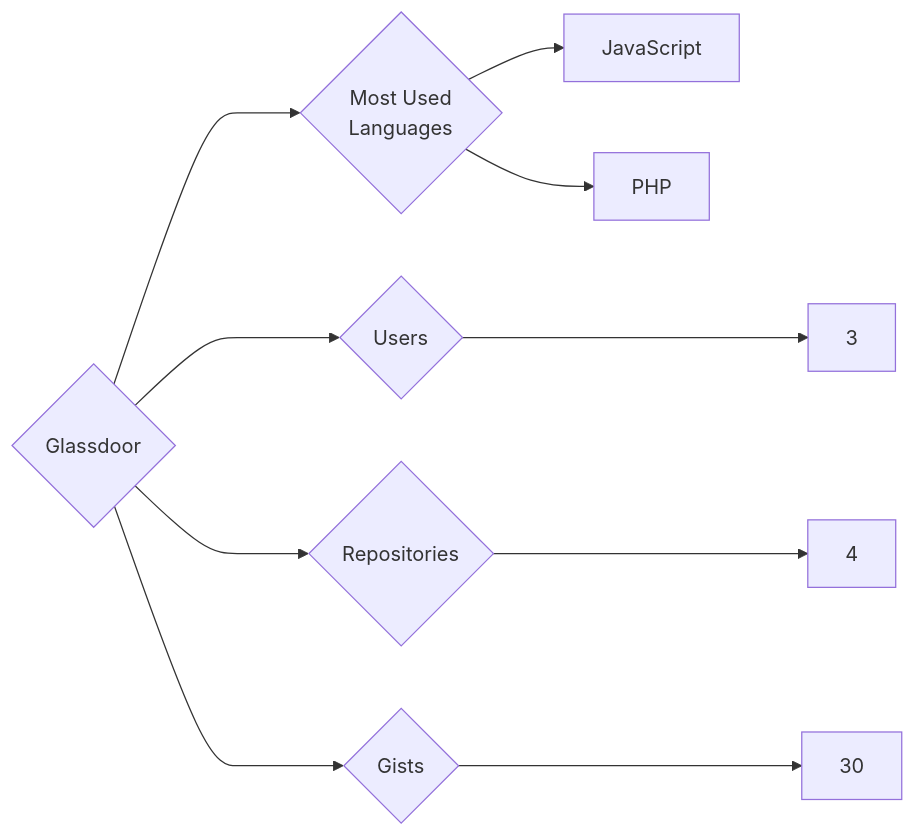
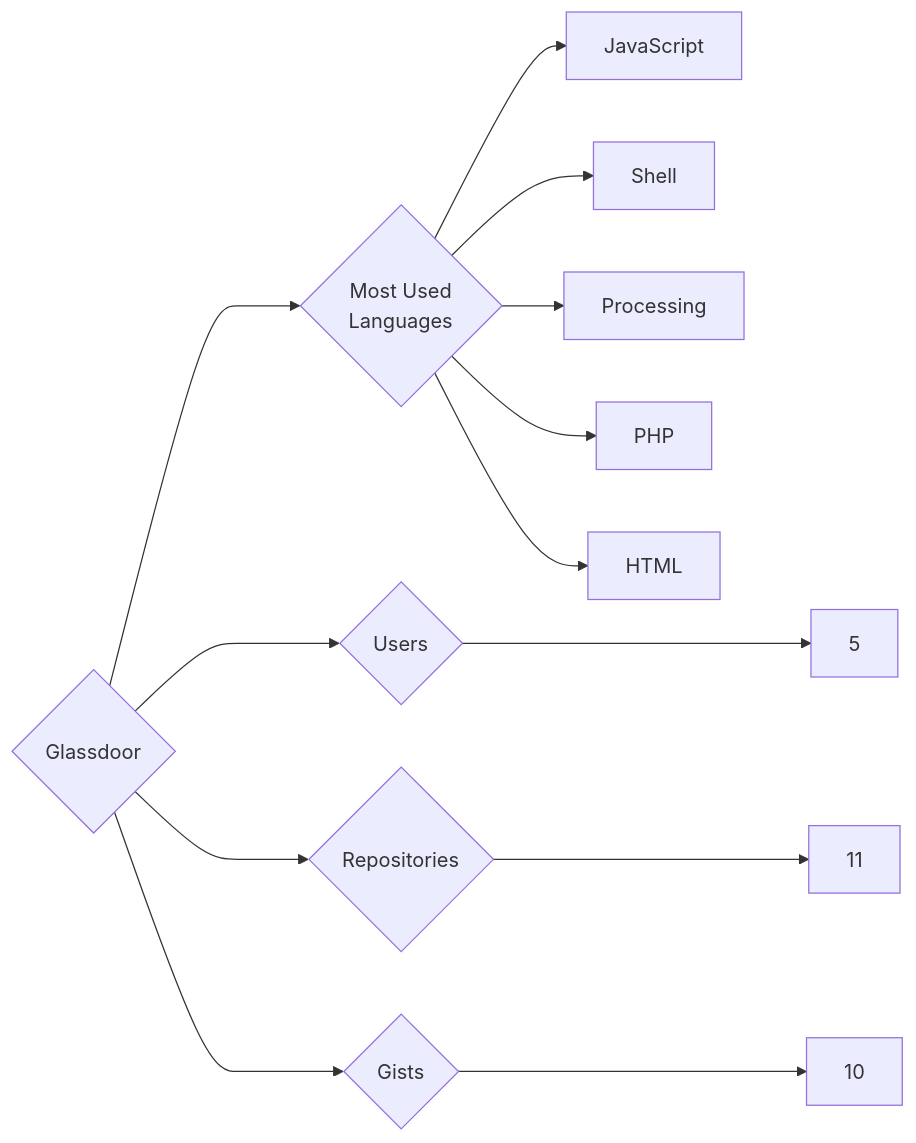
The diagram in targets/Glassdoor/README.md (trickest/insiders), drawn with Mermaid before and after one commit. The commit also changed 1092 other files, not shown here.

````diff
--- a/targets/Glassdoor/README.md
+++ b/targets/Glassdoor/README.md
@@ -3,10 +3,13 @@
 ```mermaid
 graph LR
 COMPANY_NAME{Glassdoor}
-COMPANY_NAME ---> U{Users} ---> UN[3]
-COMPANY_NAME ---> R{Repositories} ---> RN[4]
-COMPANY_NAME ---> G{Gists} ---> GN[30]
+COMPANY_NAME ---> U{Users} ---> UN[5]
+COMPANY_NAME ---> R{Repositories} ---> RN[11]
+COMPANY_NAME ---> G{Gists} ---> GN[10]
 COMPANY_NAME ---> ML{Most Used<br>Languages}
 ML --> JavaScript[JavaScript]
+ML --> Shell[Shell]
+ML --> Processing[Processing]
 ML --> PHP[PHP]
+ML --> HTML[HTML]
 ```
````
